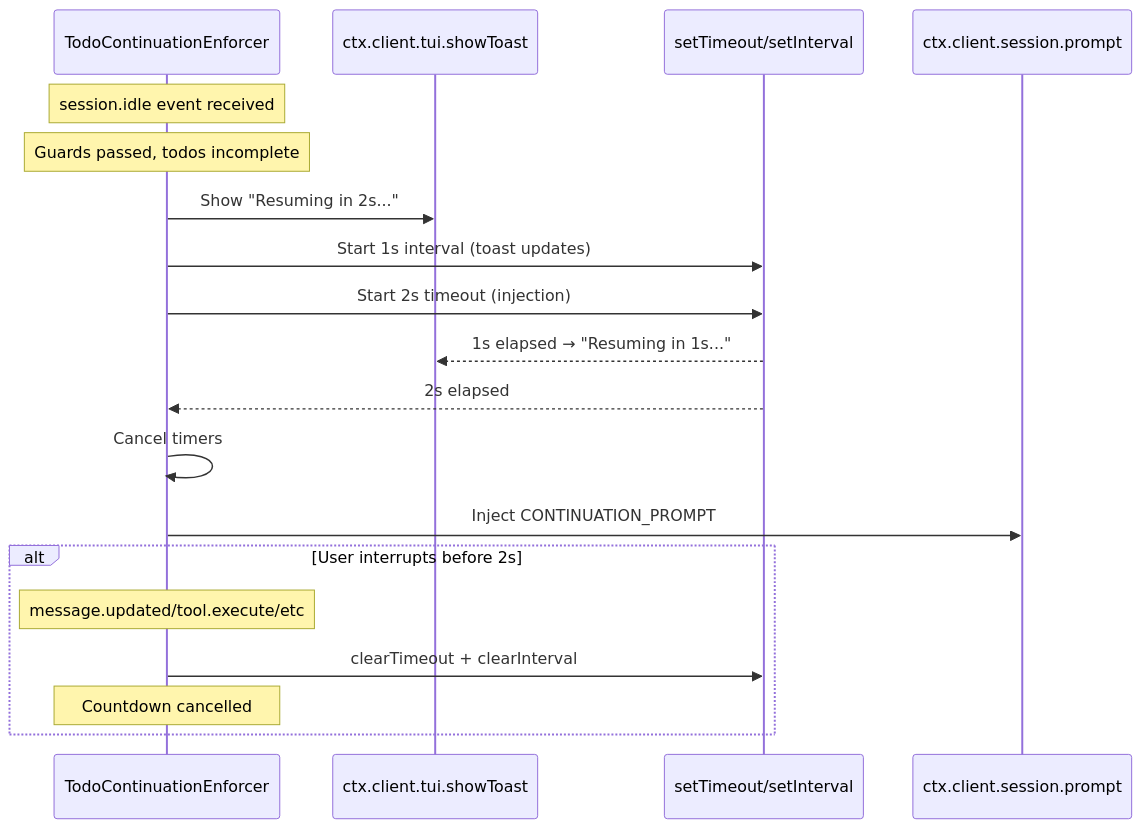
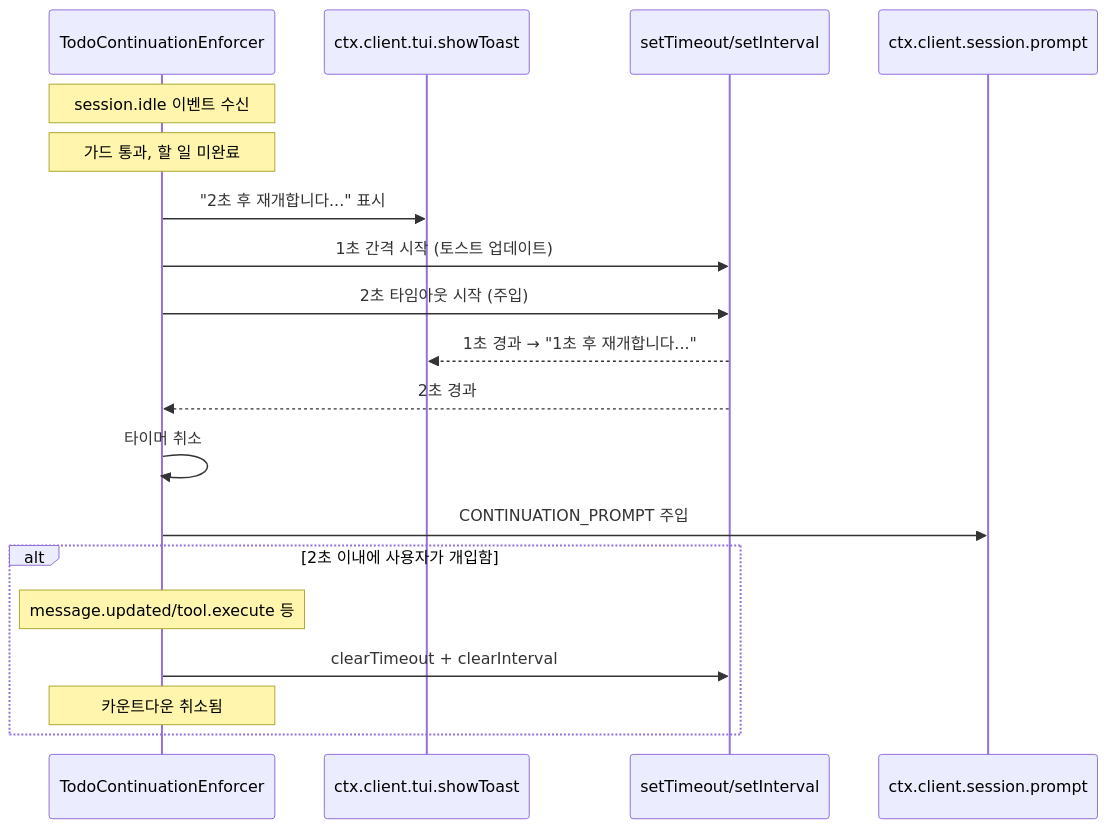
Before and after one commit to felipetruman/oh-my-opencode-docs: the third of 7 diagrams in docs/reliability/todo-continuation-enforcer.md, drawn with Mermaid. The commit also changed other lines of this file and 76 other files, not shown here.

````diff
--- a/docs/reliability/todo-continuation-enforcer.md
+++ b/docs/reliability/todo-continuation-enforcer.md
@@ -173,22 +173,22 @@
 ```mermaid
 sequenceDiagram
   participant p1 as TodoContinuationEnforcer
   participant p2 as ctx.client.tui.showToast
   participant p3 as setTimeout/setInterval
   participant p4 as ctx.client.session.prompt
 
-  note over p1: session.idle event received
-  note over p1: Guards passed, todos incomplete
-  p1->>p2: Show "Resuming in 2s..."
-  p1->>p3: Start 1s interval (toast updates)
-  p1->>p3: Start 2s timeout (injection)
-  p3-->>p2: 1s elapsed → "Resuming in 1s..."
-  p3-->>p1: 2s elapsed
-  p1->>p1: Cancel timers
-  p1->>p4: Inject CONTINUATION_PROMPT
-  alt User interrupts before 2s
-    note over p1: message.updated/tool.execute/etc
+  note over p1: session.idle 이벤트 수신
+  note over p1: 가드 통과, 할 일 미완료
+  p1->>p2: "2초 후 재개합니다..." 표시
+  p1->>p3: 1초 간격 시작 (토스트 업데이트)
+  p1->>p3: 2초 타임아웃 시작 (주입)
+  p3-->>p2: 1초 경과 → "1초 후 재개합니다..."
+  p3-->>p1: 2초 경과
+  p1->>p1: 타이머 취소
+  p1->>p4: CONTINUATION_PROMPT 주입
+  alt 2초 이내에 사용자가 개입함
+    note over p1: message.updated/tool.execute 등
     p1->>p3: clearTimeout + clearInterval
-    note over p1: Countdown cancelled
+    note over p1: 카운트다운 취소됨
   end
 ```
````
